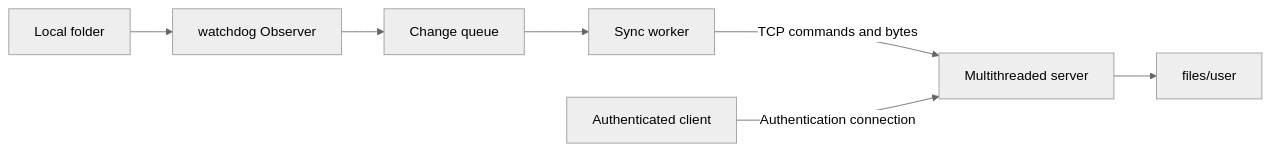
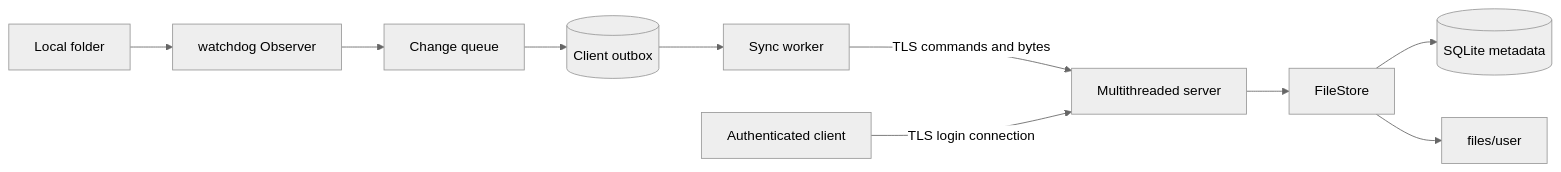
Before and after one commit to KingJorjai/Distributed-Systems_Cloud-File-Service: the first of 2 diagrams in docs/architecture.md, drawn with Mermaid (neutral theme). The commit also changed other lines of this file and 23 other files, not shown here.

````diff
--- a/docs/architecture.md
+++ b/docs/architecture.md
@@ -5,9 +7,12 @@
 ```mermaid
 flowchart LR
     FS[Local folder] --> W[watchdog Observer]
     W --> Q[Change queue]
-    Q --> C[Sync worker]
-    C -->|TCP commands and bytes| S[Multithreaded server]
-    S --> D[files/user]
-    A[Authenticated client] -->|Authentication connection| S
+    Q --> O[(Client outbox)]
+    O --> C[Sync worker]
+    C -->|TLS commands and bytes| S[Multithreaded server]
+    S --> F[FileStore]
+    F --> D[(SQLite metadata)]
+    F --> U[files/user]
+    A[Authenticated client] -->|TLS login connection| S
 ```
````
